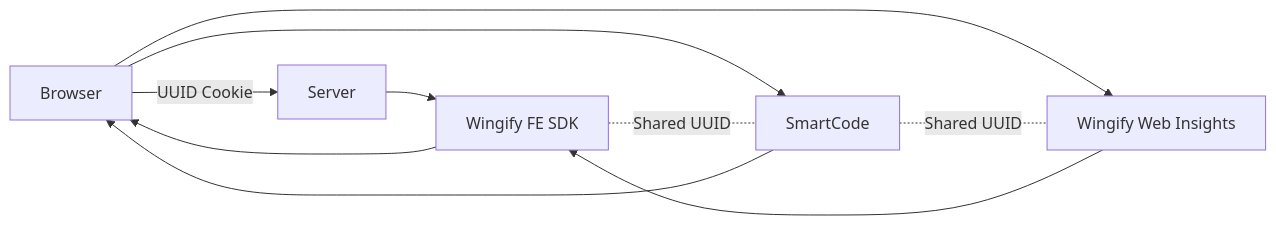
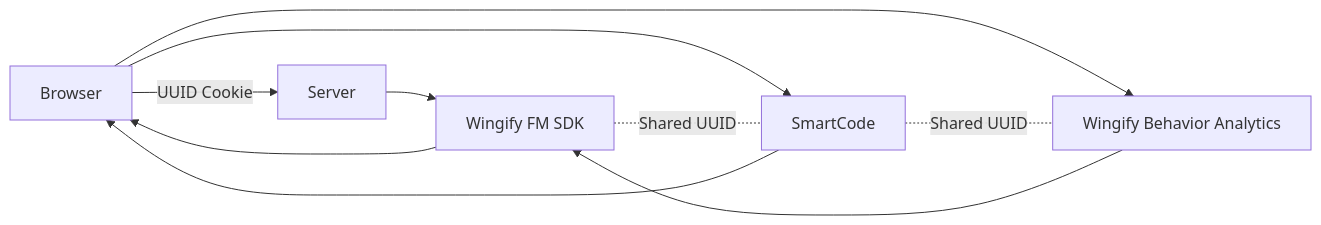
Before and after one commit to wingify/readme-central: the tenth of 10 diagrams in docs/Concepts/fme-hybrid-testing-web.md, drawn with Mermaid. The commit also changed other lines of this file and 192 other files, not shown here.

````diff
--- a/docs/Concepts/fme-hybrid-testing-web.md
+++ b/docs/Concepts/fme-hybrid-testing-web.md
@@ -978,16 +978,16 @@
 ```mermaid
 flowchart LR
     Browser -->|UUID Cookie| Server
-    Server --> FE_SDK[Wingify FE SDK]
-    FE_SDK -->
+    Server --> FM_SDK[Wingify FM SDK]
+    FM_SDK -->
 
     Browser --> SmartCode
     SmartCode -->
 
-    Browser --> WebInsights[Wingify Web Insights]
+    Browser --> WebInsights[Wingify Behavior Analytics]
     WebInsights -->
 
-    FE_SDK -. Shared UUID .- SmartCode
+    FM_SDK -. Shared UUID .- SmartCode
     SmartCode -. Shared UUID .- WebInsights
 
 ```
````
